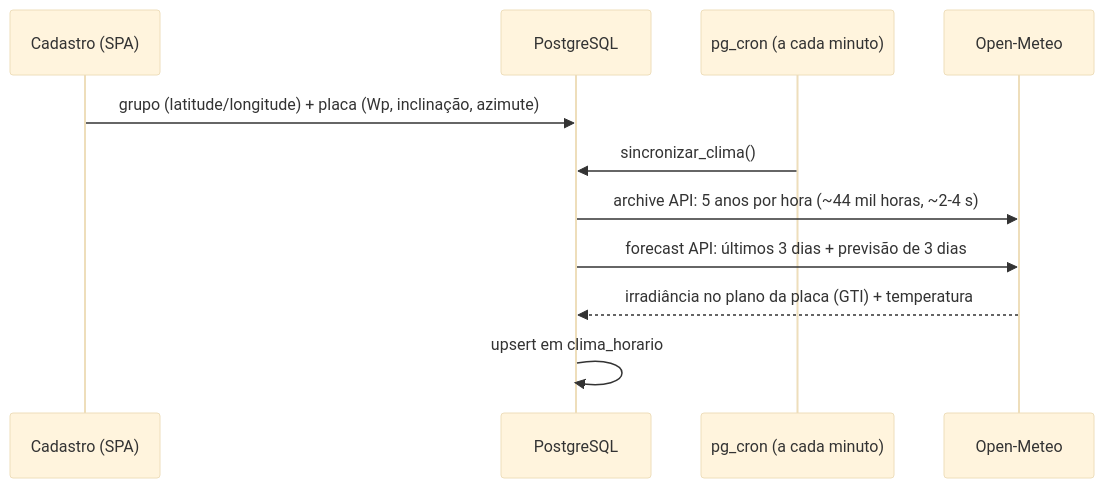
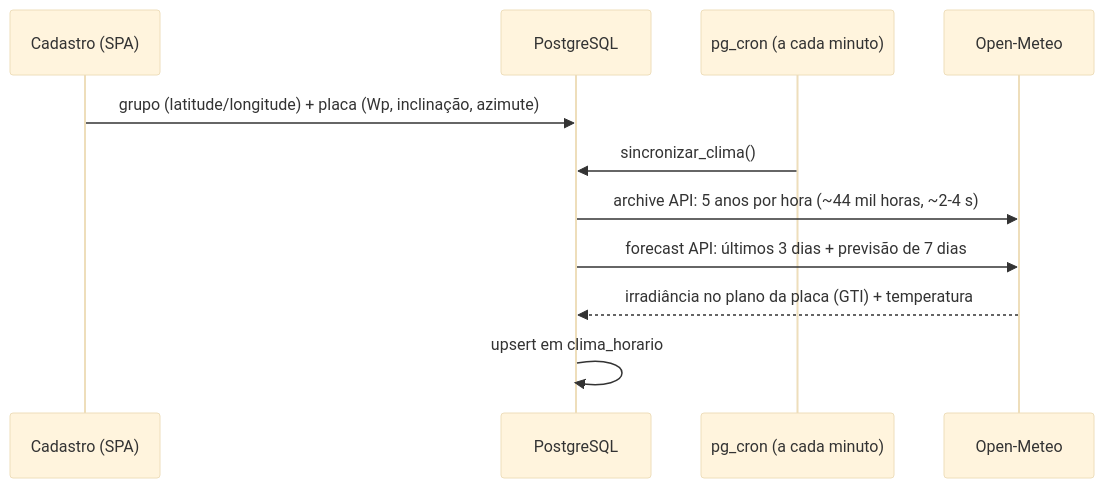
Before and after one commit to danieltanjos/SolarVision: the fourth of 4 diagrams in docs/ARQUITETURA.md, drawn with Mermaid (base theme). The commit also changed other lines of this file and 17 other files, not shown here.

First line of the commit message:
feat: real (simulado com sujeira) x estimado com previsão de 7 dias

````diff
--- a/docs/ARQUITETURA.md
+++ b/docs/ARQUITETURA.md
@@ -150,14 +150,14 @@
 ```mermaid
 sequenceDiagram
     participant U as Cadastro (SPA)
     participant DB as PostgreSQL
     participant J as pg_cron (a cada minuto)
     participant M as Open-Meteo
 
     U->>DB: grupo (latitude/longitude) + placa (Wp, inclinação, azimute)
     J->>DB: sincronizar_clima()
     DB->>M: archive API: 5 anos por hora (~44 mil horas, ~2-4 s)
-    DB->>M: forecast API: últimos 3 dias + previsão de 3 dias
+    DB->>M: forecast API: últimos 3 dias + previsão de 7 dias
     M-->>DB: irradiância no plano da placa (GTI) + temperatura
     DB->>DB: upsert em clima_horario
 ```
````
